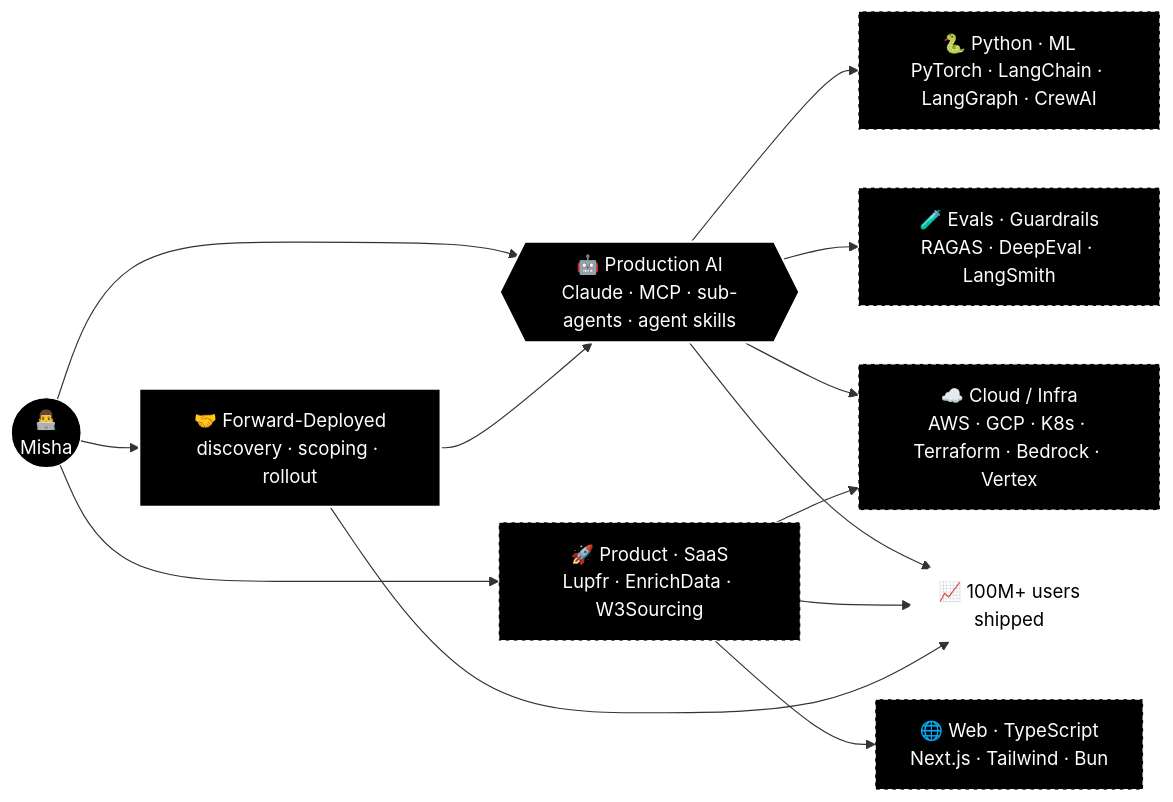
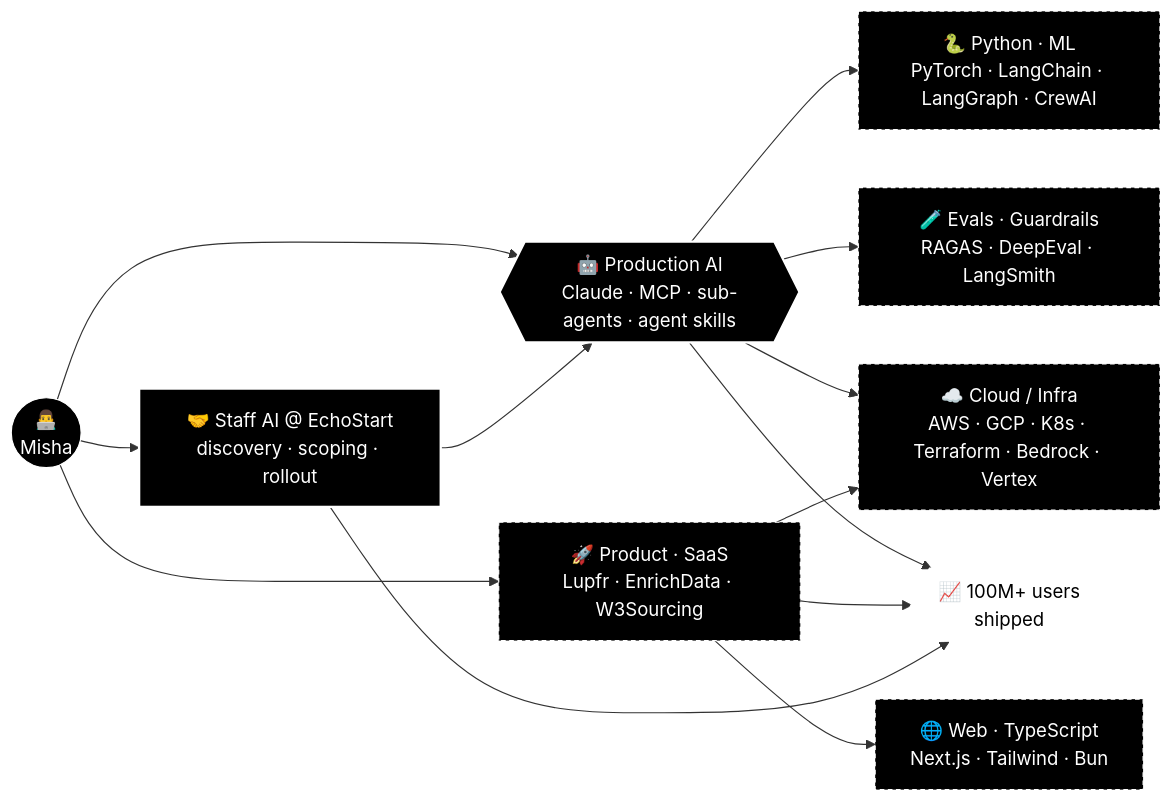
One commit to ml-lubich/ml-lubich changed the first of 3 diagrams in README.md. Above: the diagram before and after it, drawn with Mermaid. The commit also changed other lines of this file and 1 other file, not shown here.

First line of the commit message:
docs(profile): Staff AI Engineer at EchoStart

````diff
--- a/README.md
+++ b/README.md
@@ -98,34 +99,34 @@
 ```mermaid
 flowchart LR
     ME(("👨‍💻<br/>Misha"))
     AI{{"🤖 Production AI<br/>Claude · MCP · sub-agents · agent skills"}}
-    FDE["🤝 Forward-Deployed<br/>discovery · scoping · rollout"]
+    FDE["🤝 Staff AI @ EchoStart<br/>discovery · scoping · rollout"]
     SAAS["🚀 Product · SaaS<br/>Lupfr · EnrichData · W3Sourcing"]
     WEB["🌐 Web · TypeScript<br/>Next.js · Tailwind · Bun"]
     PY["🐍 Python · ML<br/>PyTorch · LangChain · LangGraph · CrewAI"]
     EVAL["🧪 Evals · Guardrails<br/>RAGAS · DeepEval · LangSmith"]
     INFRA["☁️ Cloud / Infra<br/>AWS · GCP · K8s · Terraform · Bedrock · Vertex"]
     USERS[/"📈 100M+ users<br/>shipped"/]
 
     ME --> FDE
     ME --> AI
     ME --> SAAS
     FDE --> AI
     AI --> PY
     AI --> EVAL
     SAAS --> WEB
     AI --> INFRA
     SAAS --> INFRA
     AI --> USERS
     SAAS --> USERS
     FDE --> USERS
 
     classDef io fill:#000000,stroke:#ffffff,stroke-width:1px,color:#ffffff;
     classDef brain fill:#000000,stroke:#ffffff,stroke-width:2px,color:#ffffff;
     classDef tool fill:#000000,stroke:#ffffff,stroke-width:1px,stroke-dasharray:4 3,color:#ffffff;
     classDef out fill:#ffffff,stroke:#ffffff,stroke-width:1px,color:#000000;
     class ME io;
     class AI,FDE brain;
     class SAAS,WEB,PY,INFRA,EVAL tool;
     class USERS out;
 ```
````
